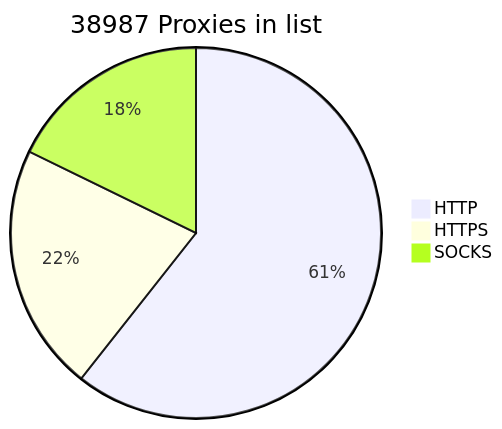
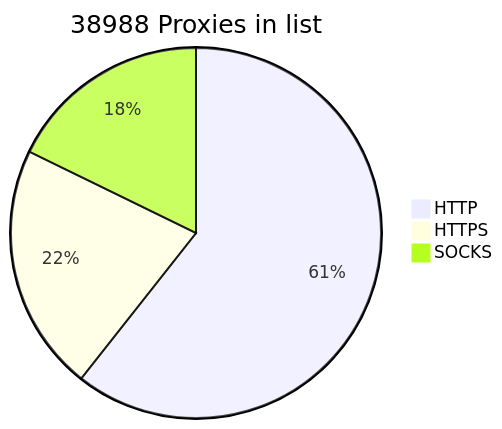
Before and after one commit to BlackSnowDot/proxylist-update-every-minute: the diagram in README.md, drawn with Mermaid. The commit also changed other lines of this file, not shown here.

````diff
--- a/README.md
+++ b/README.md
@@ -2,6 +2,6 @@
 ```mermaid
-pie title 38987 Proxies in list
-    "HTTP" : 27630
+pie title 38988 Proxies in list
+    "HTTP" : 27631
     "HTTPS": 9843
     "SOCKS" : 8099
 ```
````
